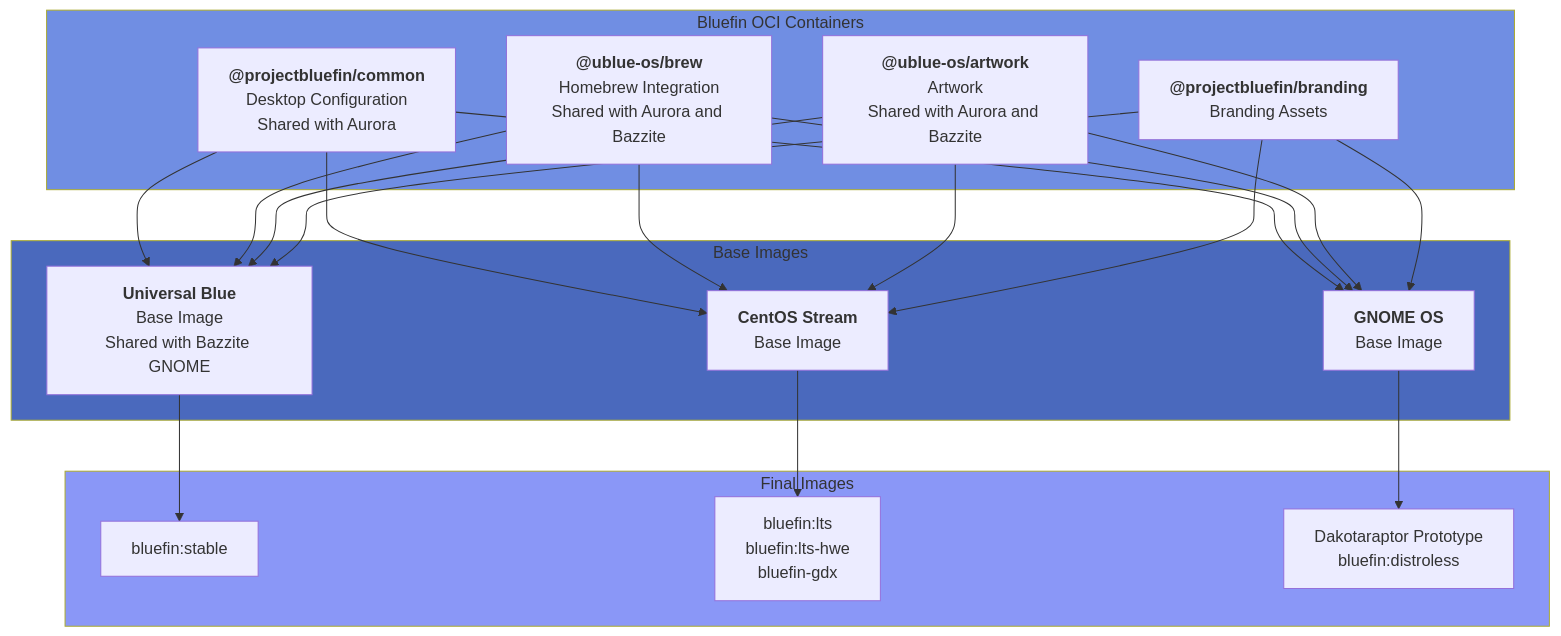
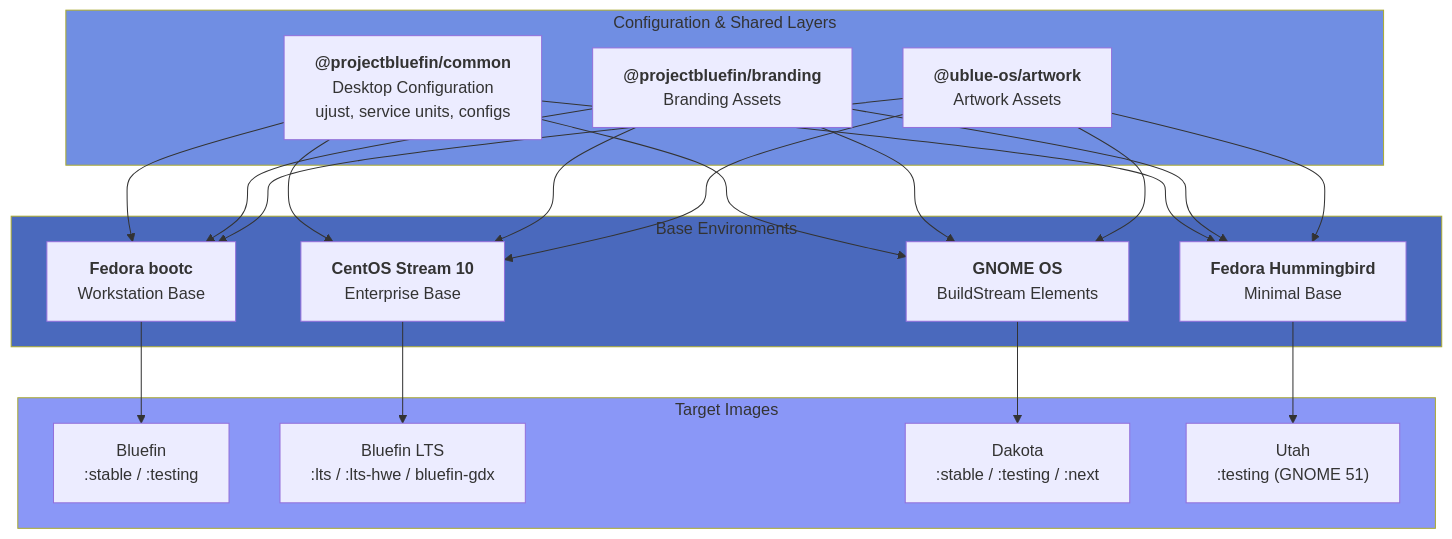
Before and after one commit to projectbluefin/documentation: the diagram in docs/contributing.md, drawn with Mermaid. The commit also changed other lines of this file and 10 other files, not shown here.

````diff
--- a/docs/contributing.md
+++ b/docs/contributing.md
@@ -94,45 +96,46 @@
 ```mermaid
 flowchart TB
-    subgraph oci["Bluefin OCI Containers"]
-        common["<strong>@projectbluefin/common</strong><br/>Desktop Configuration<br/>Shared with Aurora"]
-        brew["<strong>@ublue-os/brew</strong><br/>Homebrew Integration<br/>Shared with Aurora and Bazzite"]
-        artwork["<strong>@ublue-os/artwork</strong><br/>Artwork<br/>Shared with Aurora and Bazzite"]
+    subgraph oci["Configuration & Shared Layers"]
+        common["<strong>@projectbluefin/common</strong><br/>Desktop Configuration<br/>ujust, service units, configs"]
         branding["<strong>@projectbluefin/branding</strong><br/>Branding Assets"]
+        artwork["<strong>@ublue-os/artwork</strong><br/>Artwork Assets"]
     end
     
-    subgraph base["Base Images"]
-        ublue["<strong>Universal Blue</strong><br/>Base Image<br/>Shared with Bazzite GNOME"]
-        centos["<strong>CentOS Stream</strong><br/>Base Image"]
-        gnome_base["<strong>GNOME OS</strong><br/>Base Image"]
+    subgraph base["Base Environments"]
+        fedora["<strong>Fedora bootc</strong><br/>Workstation Base"]
+        centos["<strong>CentOS Stream 10</strong><br/>Enterprise Base"]
+        gnome_base["<strong>GNOME OS</strong><br/>BuildStream Elements"]
+        hummingbird["<strong>Fedora Hummingbird</strong><br/>Minimal Base"]
     end
     
-    subgraph images["Final Images"]
-        bluefin["bluefin:stable"]
-        lts["bluefin:lts<br/>bluefin:lts-hwe<br/>bluefin-gdx"]
-        distroless["Dakotaraptor Prototype<br/>bluefin:distroless"]
+    subgraph images["Target Images"]
+        bluefin["Bluefin<br/>:stable / :testing"]
+        lts["Bluefin LTS<br/>:lts / :lts-hwe / bluefin-gdx"]
+        dakota["Dakota<br/>:stable / :testing / :next"]
+        utah["Utah<br/>:testing (GNOME 51)"]
     end
     
-    common --> ublue
+    common --> fedora
     common --> centos
     common --> gnome_base
+    common --> hummingbird
     
-    brew --> ublue
-    brew --> centos
-    brew --> gnome_base
+    branding --> fedora
+    branding --> centos
+    branding --> gnome_base
+    branding --> hummingbird
     
-    artwork --> ublue
+    artwork --> fedora
     artwork --> centos
     artwork --> gnome_base
+    artwork --> hummingbird
     
-    branding --> ublue
-    branding --> centos
-    branding --> gnome_base
-    
-    ublue --> bluefin
+    fedora --> bluefin
     centos --> lts
-    gnome_base --> distroless
+    gnome_base --> dakota
+    hummingbird --> utah
     
     style oci fill:#708ee3
     style base fill:#4a69bd
     style images fill:#8a97f7
 ```
````
